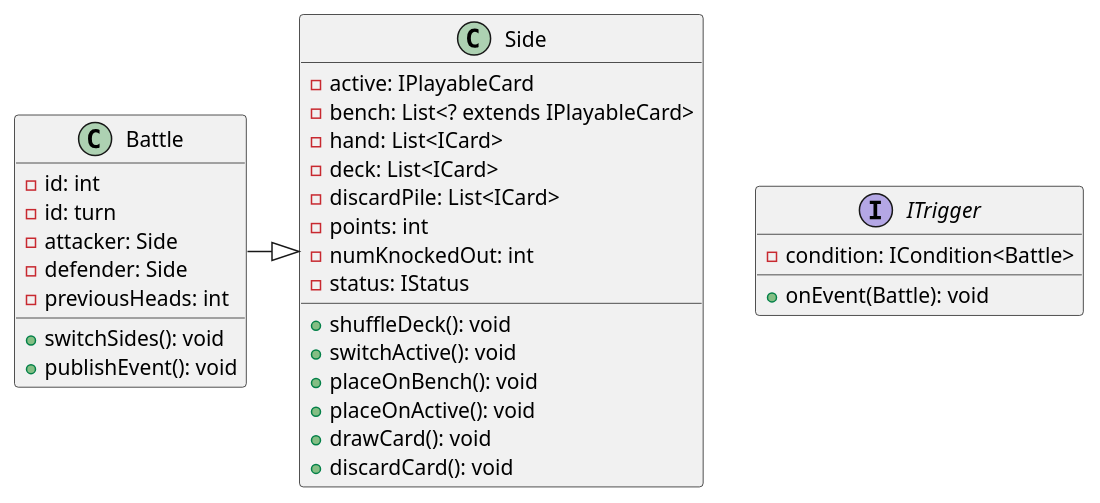
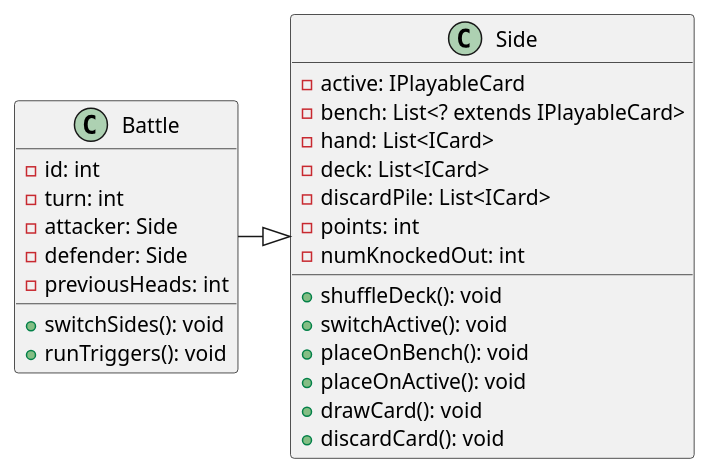
One commit to Richie-Moon/TCGPocketBattler changed the diagram in docs/UML/Battle_Side.puml. Above: the diagram before and after it, drawn with PlantUML. The commit also changed 4 other files, not shown here.

Commit message:
feat(docs): Added UML docs for IStatus. Start UML docs for ITrigger

```diff
--- a/docs/UML/Battle_Side.puml
+++ b/docs/UML/Battle_Side.puml
@@ -1,43 +1,34 @@
 @startuml
 skinparam linetype ortho
 
 class Battle {
     - id: int
-    - id: turn
+    - turn: int
     - attacker: Side
     - defender: Side
     - previousHeads: int
     
     + switchSides(): void
-    + publishEvent(): void
+    + runTriggers(): void
 }
 
 class Side {
     - active: IPlayableCard
     - bench: List<? extends IPlayableCard>
     - hand: List<ICard>
     - deck: List<ICard>
     - discardPile: List<ICard>
     - points: int
     - numKnockedOut: int
-    /' Status effect: poison, paralysis, sleep, etc. 
-       Maybe should be a field in ICard instead? '/
-    - status: IStatus
     
     + shuffleDeck(): void
     + switchActive(): void
     + placeOnBench(): void
     + placeOnActive(): void
     + drawCard(): void
     + discardCard(): void
 }
 
-/' Battle observer '/
-interface ITrigger {
-    - condition: ICondition<Battle>
-    + onEvent(Battle): void
-}
-
 Battle -|> Side
 
 @enduml
```
